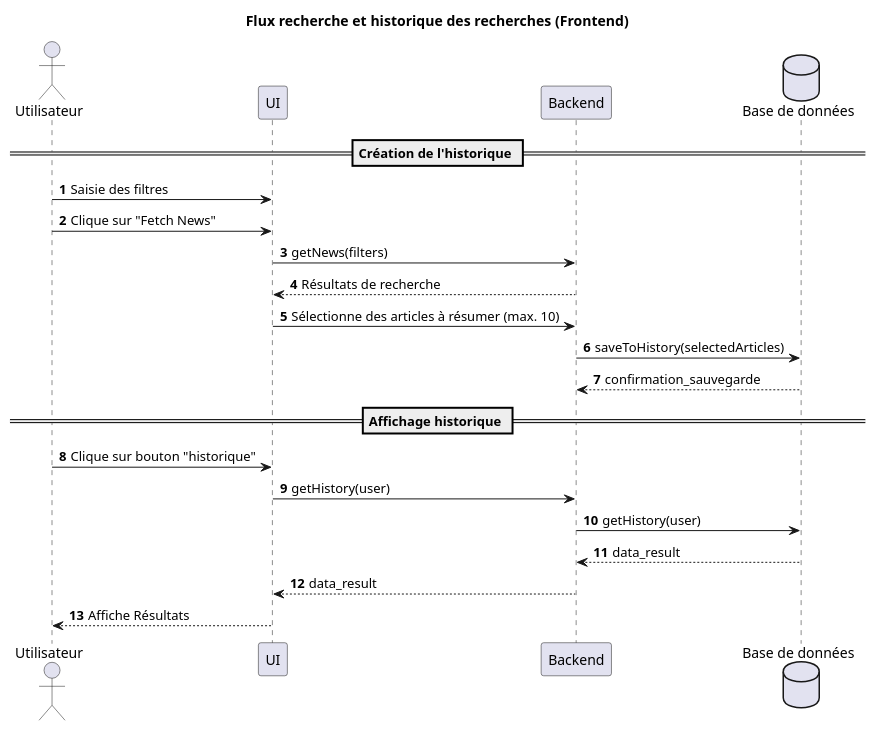
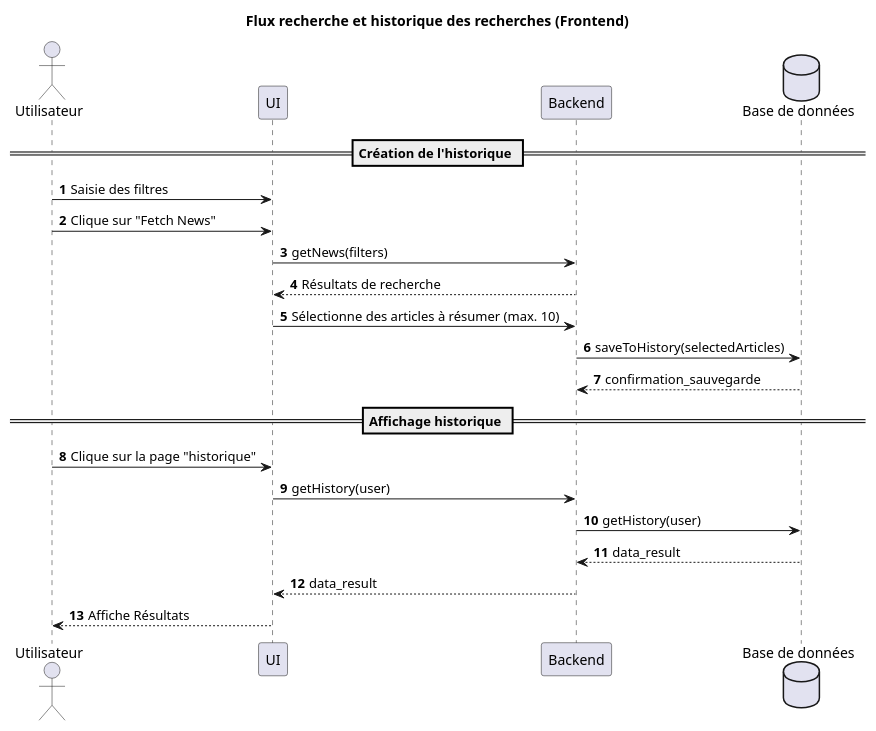
One commit to TPI2026-NewsGenerator/NewsGenerator-Frontend changed the diagram in docs/UML/search-history-diagram.puml. Above: the diagram before and after it, drawn with PlantUML.

```diff
--- a/docs/UML/search-history-diagram.puml
+++ b/docs/UML/search-history-diagram.puml
@@ -1,32 +1,32 @@
 @startuml
 title Flux recherche et historique des recherches (Frontend)
 autonumber
 
 actor "Utilisateur" as User
 participant "UI" as UI
 participant "Backend" as BE
 database "Base de données" as DB
 
 == Création de l'historique ==
 User -> UI : Saisie des filtres
 User -> UI : Clique sur "Fetch News"
 
 UI -> BE : getNews(filters)
 BE --> UI : Résultats de recherche
 
 UI -> BE : Sélectionne des articles à résumer (max. 10)
 BE -> DB : saveToHistory(selectedArticles)
 DB --> BE : confirmation_sauvegarde
 
 == Affichage historique ==
-User -> UI : Clique sur bouton "historique"
+User -> UI : Clique sur la page "historique"
 
 UI -> BE : getHistory(user)
 BE -> DB : getHistory(user)
 
 DB --> BE : data_result
 BE --> UI : data_result
 
 UI --> User : Affiche Résultats
 
 @enduml
```
